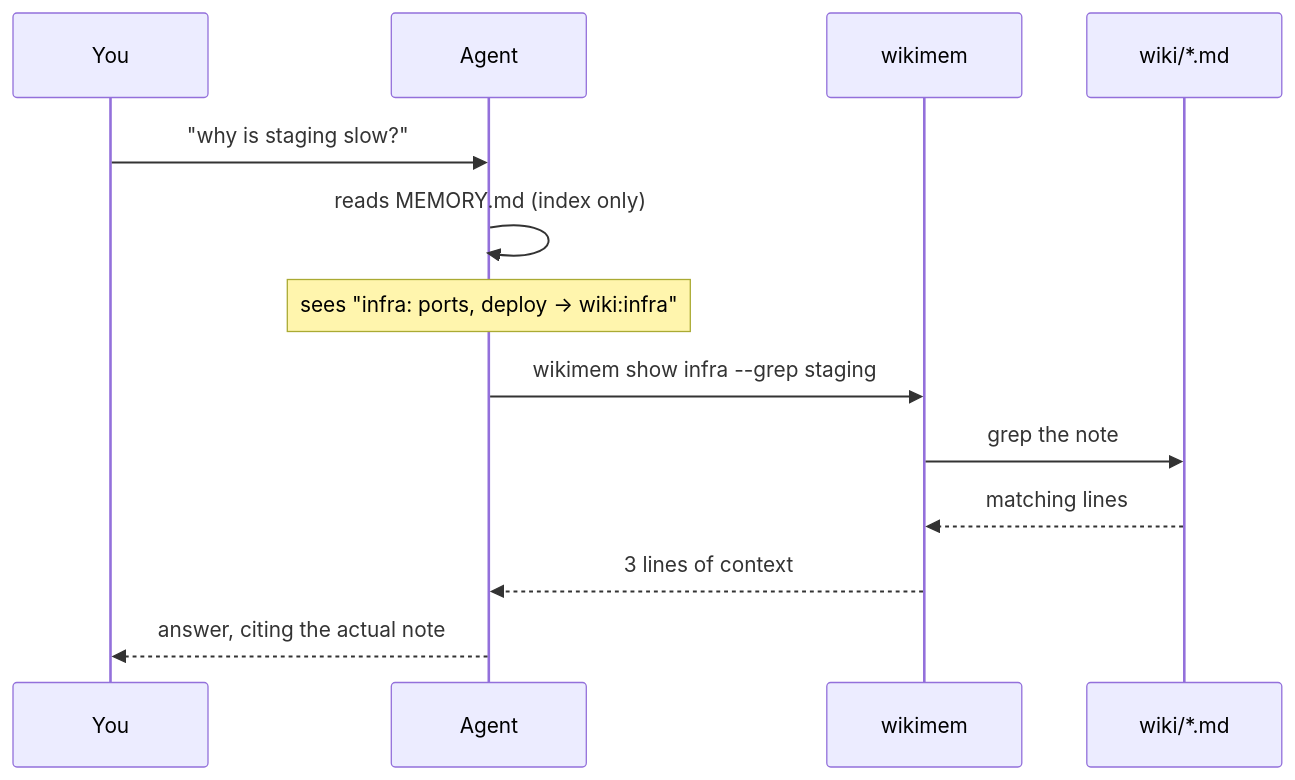
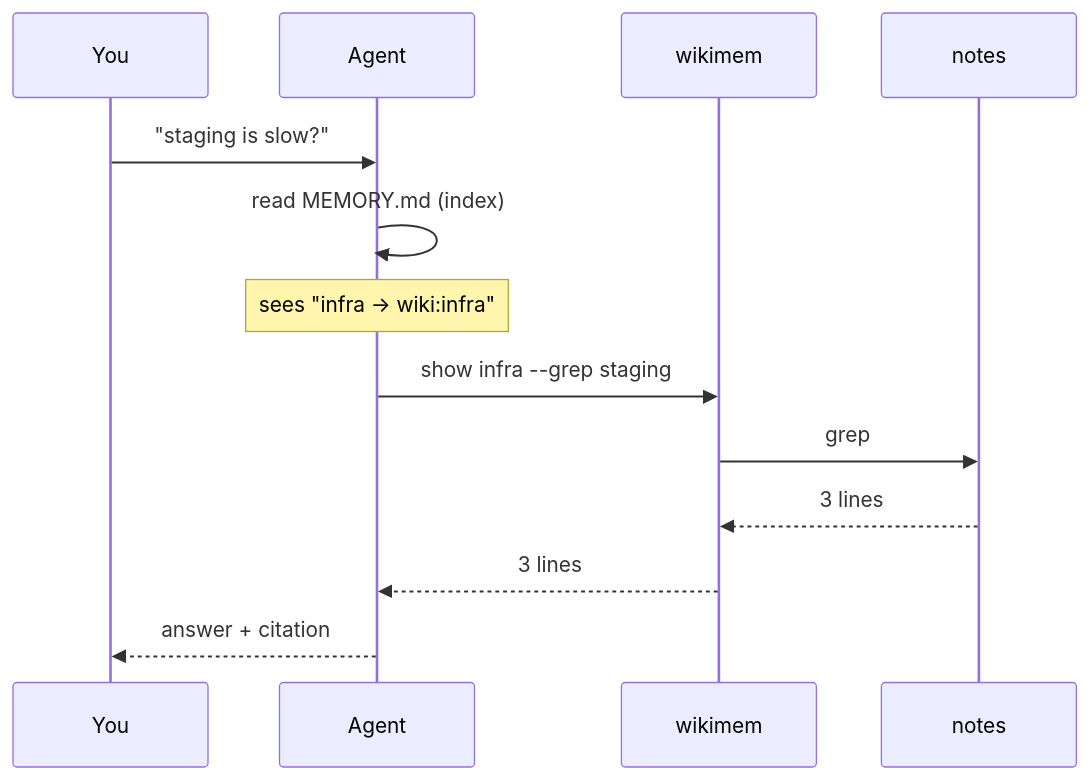
Before and after one commit to QINXIN111/tiered-memory: the fourth of 6 diagrams in README.md, drawn with Mermaid. The commit also changed other lines of this file and 1 other file, not shown here.

Commit message:
docs: shrink sequence diagrams so they fit the column

````diff
--- a/README.md
+++ b/README.md
@@ -111,16 +111,16 @@
 ```mermaid
 sequenceDiagram
     participant U as You
     participant A as Agent
     participant C as wikimem
-    participant D as wiki/*.md
+    participant D as notes
 
-    U->>A: "why is staging slow?"
-    A->>A: reads MEMORY.md (index only)
-    Note over A: sees "infra: ports, deploy → wiki:infra"
-    A->>C: wikimem show infra --grep staging
-    C->>D: grep the note
-    D-->>C: matching lines
-    C-->>A: 3 lines of context
-    A-->>U: answer, citing the actual note
+    U->>A: "staging is slow?"
+    A->>A: read MEMORY.md (index)
+    Note over A: sees "infra → wiki:infra"
+    A->>C: show infra --grep staging
+    C->>D: grep
+    D-->>C: 3 lines
+    C-->>A: 3 lines
+    A-->>U: answer + citation
 ```
````
